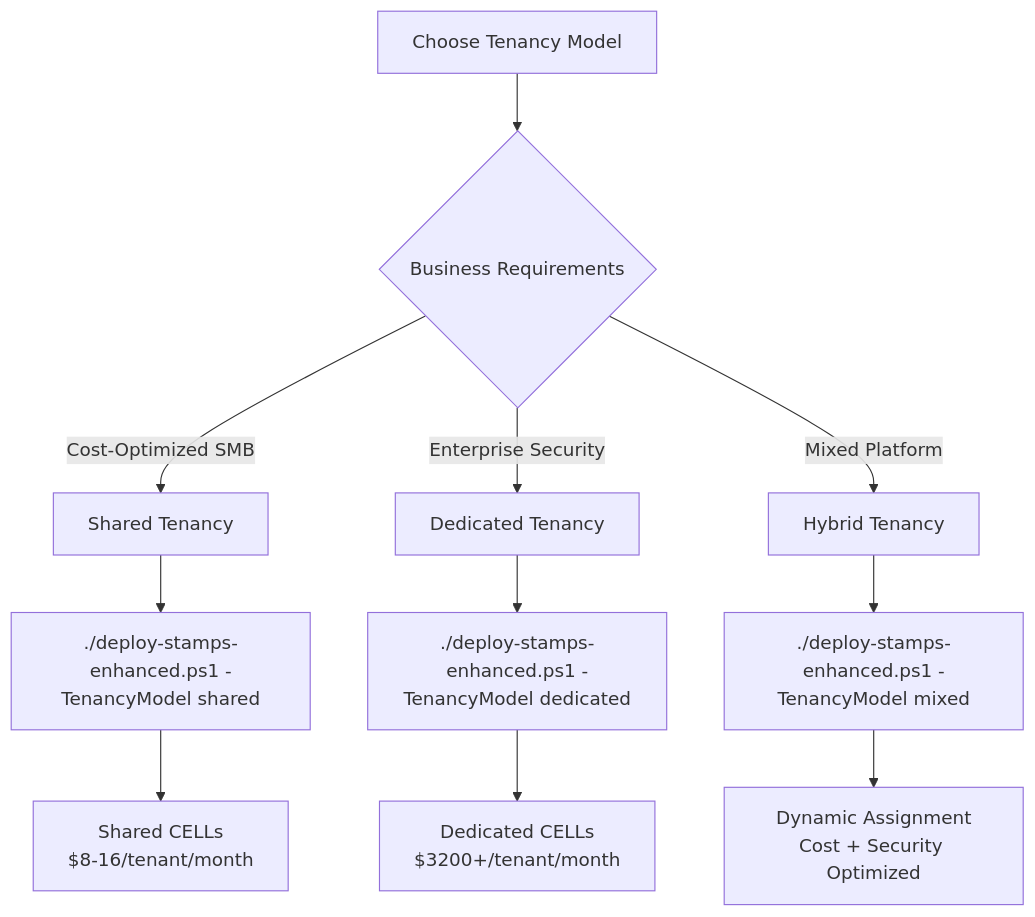
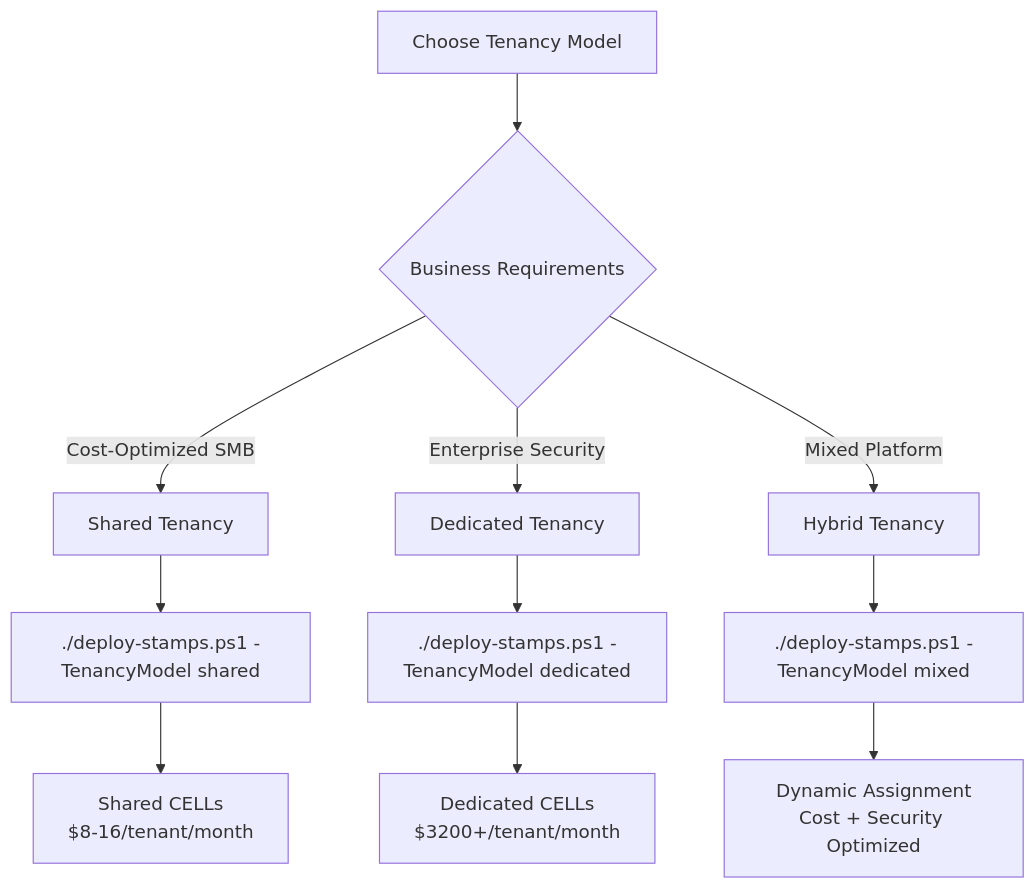
Before and after one commit to srnichols/StampsPattern: the second of 2 diagrams in DEPLOYMENT_GUIDE.md, drawn with Mermaid. The commit also changed other lines of this file and 5 other files, not shown here.

````diff
--- a/DEPLOYMENT_GUIDE.md
+++ b/DEPLOYMENT_GUIDE.md
@@ -46,15 +46,15 @@
 ```mermaid
 graph TD
     A[Choose Tenancy Model] --> B{Business Requirements}
     B -->|Cost-Optimized SMB| C[Shared Tenancy]
     B -->|Enterprise Security| D[Dedicated Tenancy]
     B -->|Mixed Platform| E[Hybrid Tenancy]
     
-    C --> F[./deploy-stamps-enhanced.ps1 -TenancyModel shared]
-    D --> G[./deploy-stamps-enhanced.ps1 -TenancyModel dedicated]
-    E --> H[./deploy-stamps-enhanced.ps1 -TenancyModel mixed]
+    C --> F[./deploy-stamps.ps1 -TenancyModel shared]
+    D --> G[./deploy-stamps.ps1 -TenancyModel dedicated]
+    E --> H[./deploy-stamps.ps1 -TenancyModel mixed]
     
     F --> I[Shared CELLs<br/>$8-16/tenant/month]
     G --> J[Dedicated CELLs<br/>$3200+/tenant/month]
     H --> K[Dynamic Assignment<br/>Cost + Security Optimized]
 ```
````
